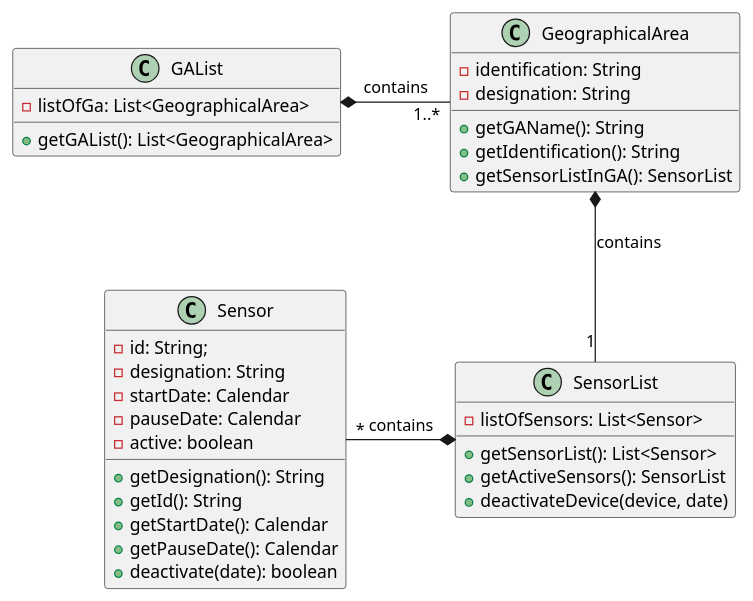
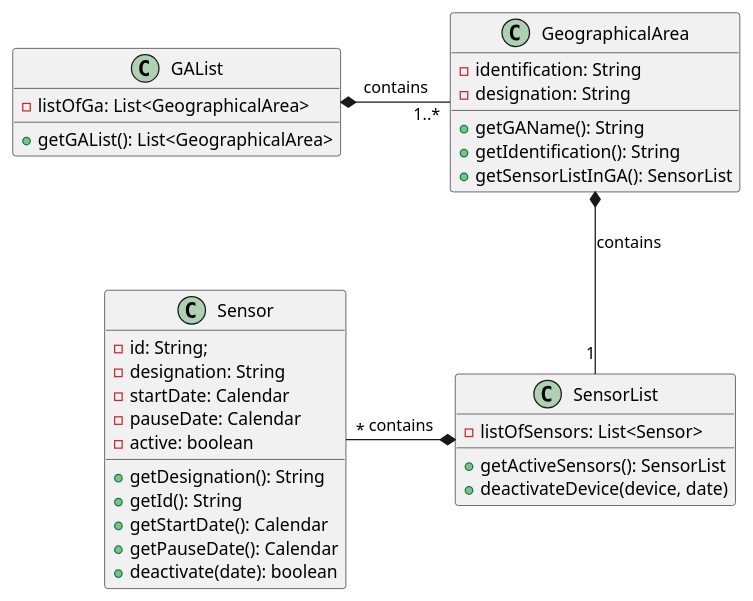
The diagram in src/main/java/smarthome/controller/classDiagrams/cd_DeactivateSensor.puml (emanuel-pereira/hou), drawn with PlantUML before and after one commit.

Commit message:
Update Diagrams. Ref #119

```diff
--- a/src/main/java/smarthome/controller/classDiagrams/cd_DeactivateSensor.puml
+++ b/src/main/java/smarthome/controller/classDiagrams/cd_DeactivateSensor.puml
@@ -1,44 +1,43 @@
 @startuml
 
 class GAList{
 - listOfGa: List<GeographicalArea>
 + getGAList(): List<GeographicalArea>
 
 }
 
 class GeographicalArea{
 - identification: String
 - designation: String
 + getGAName(): String
 + getIdentification(): String
 + getSensorListInGA(): SensorList
 }
 
 
 class SensorList{
 - listOfSensors: List<Sensor>
-+ getSensorList(): List<Sensor>
 + getActiveSensors(): SensorList
 + deactivateDevice(device, date)
 }
 
 class Sensor {
 - id: String;
 - designation: String
 - startDate: Calendar
 - pauseDate: Calendar
 - active: boolean
 + getDesignation(): String
 + getId(): String
 + getStartDate(): Calendar
 + getPauseDate(): Calendar
 + deactivate(date): boolean
 }
 
 GAList *- "1..*"GeographicalArea: contains
 GeographicalArea *-- "1"SensorList: contains
 Sensor"*" -* SensorList: contains
 
 
 
 @enduml
```
